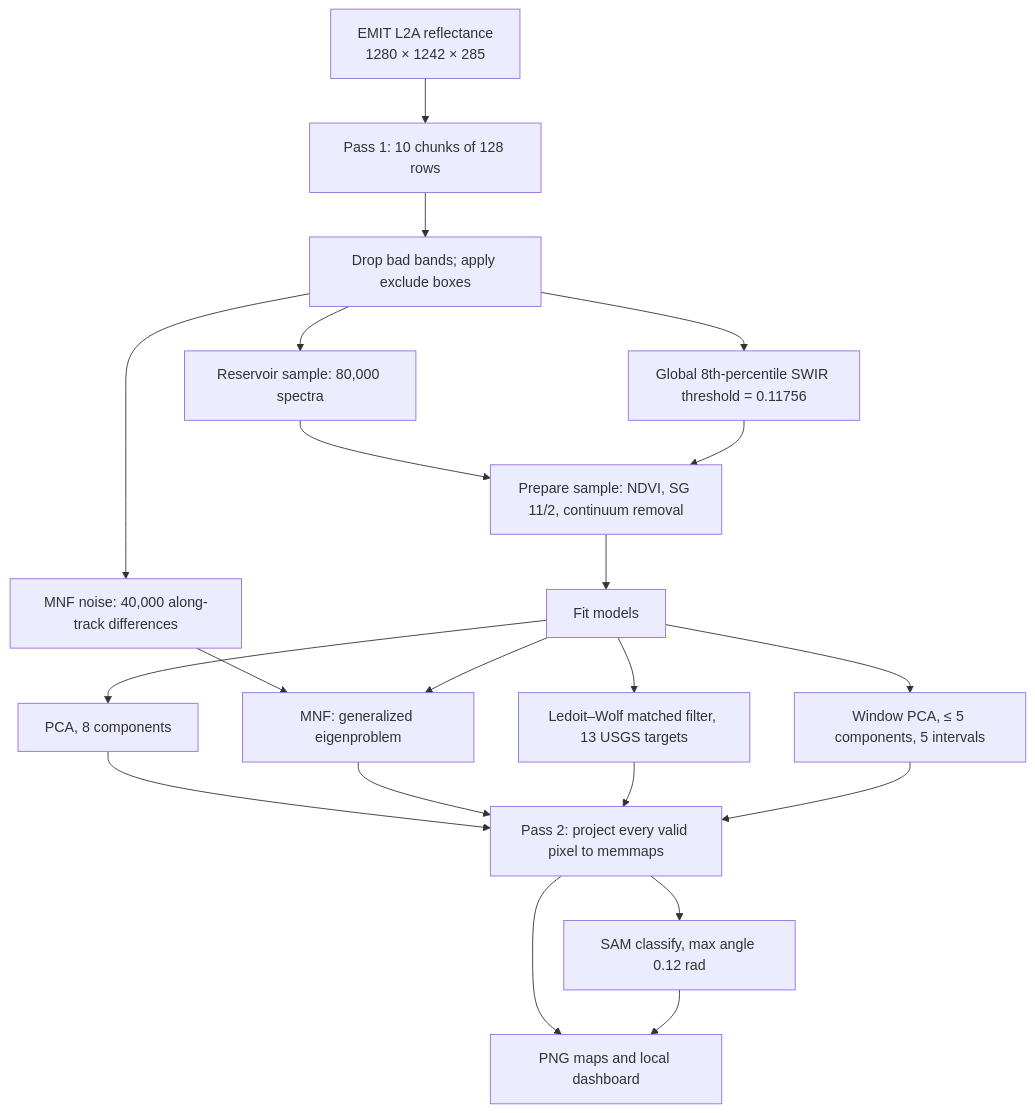
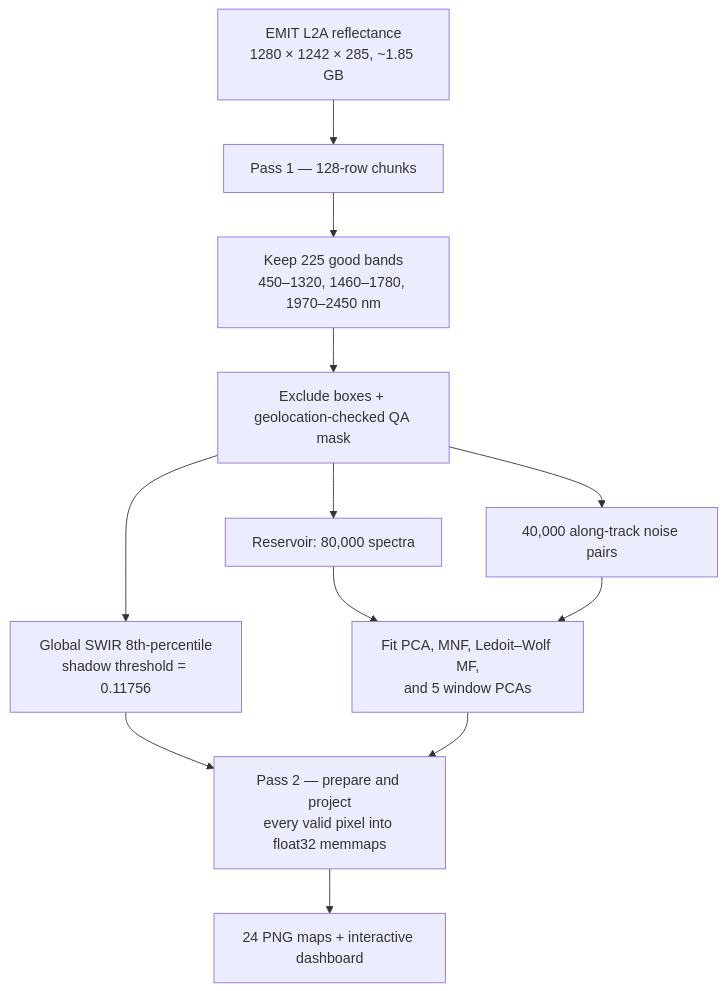
The diagram in README.md (kevinhaoaus/EMITOphiolite), drawn with Mermaid before and after one commit. The commit also changed other lines of this file and 4 other files, not shown here.

````diff
--- a/README.md
+++ b/README.md
@@ -52,23 +57,14 @@
 ```mermaid
 flowchart TD
-  A["EMIT L2A reflectance<br/>1280 × 1242 × 285"] --> B["Pass 1: 10 chunks of 128 rows"]
-  B --> B1["Drop bad bands; apply exclude boxes"]
-  B1 --> B2["Reservoir sample: 80,000 spectra"]
-  B1 --> B3["MNF noise: 40,000 along-track differences"]
-  B1 --> B4["Global 8th-percentile SWIR threshold = 0.11756"]
-  B2 --> C["Prepare sample: NDVI, SG 11/2, continuum removal"]
-  B4 --> C
-  C --> D["Fit models"]
-  B3 --> D2
-  D --> D1["PCA, 8 components"]
-  D --> D2["MNF: generalized eigenproblem"]
-  D --> D3["Ledoit–Wolf matched filter, 13 USGS targets"]
-  D --> D4["Window PCA, ≤ 5 components, 5 intervals"]
-  D1 --> E["Pass 2: project every valid pixel to memmaps"]
-  D2 --> E
-  D3 --> E
-  D4 --> E
-  E --> F["SAM classify, max angle 0.12 rad"]
-  E --> G["PNG maps and local dashboard"]
-  F --> G
+  A["EMIT L2A reflectance<br/>1280 × 1242 × 285, ~1.85 GB"] --> B["Pass 1 — 128-row chunks"]
+  B --> C["Keep 225 good bands<br/>450–1320, 1460–1780, 1970–2450 nm"]
+  C --> D["Exclude boxes + geolocation-checked QA mask"]
+  D --> E["Reservoir: 80,000 spectra"]
+  D --> F["40,000 along-track noise pairs"]
+  D --> G["Global SWIR 8th-percentile<br/>shadow threshold = 0.11756"]
+  E --> H["Fit PCA, MNF, Ledoit–Wolf MF,<br/>and 5 window PCAs"]
+  F --> H
+  G --> I["Pass 2 — prepare and project<br/>every valid pixel into float32 memmaps"]
+  H --> I
+  I --> J["24 PNG maps + interactive dashboard"]
 ```
````
